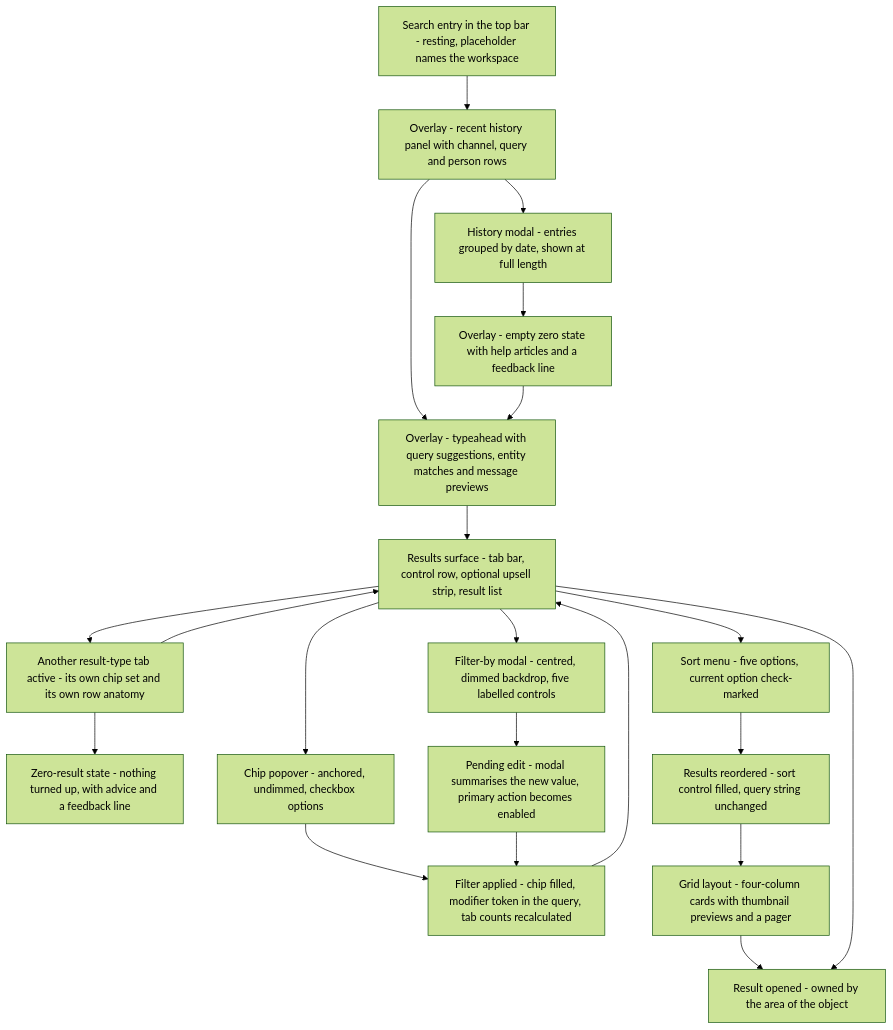
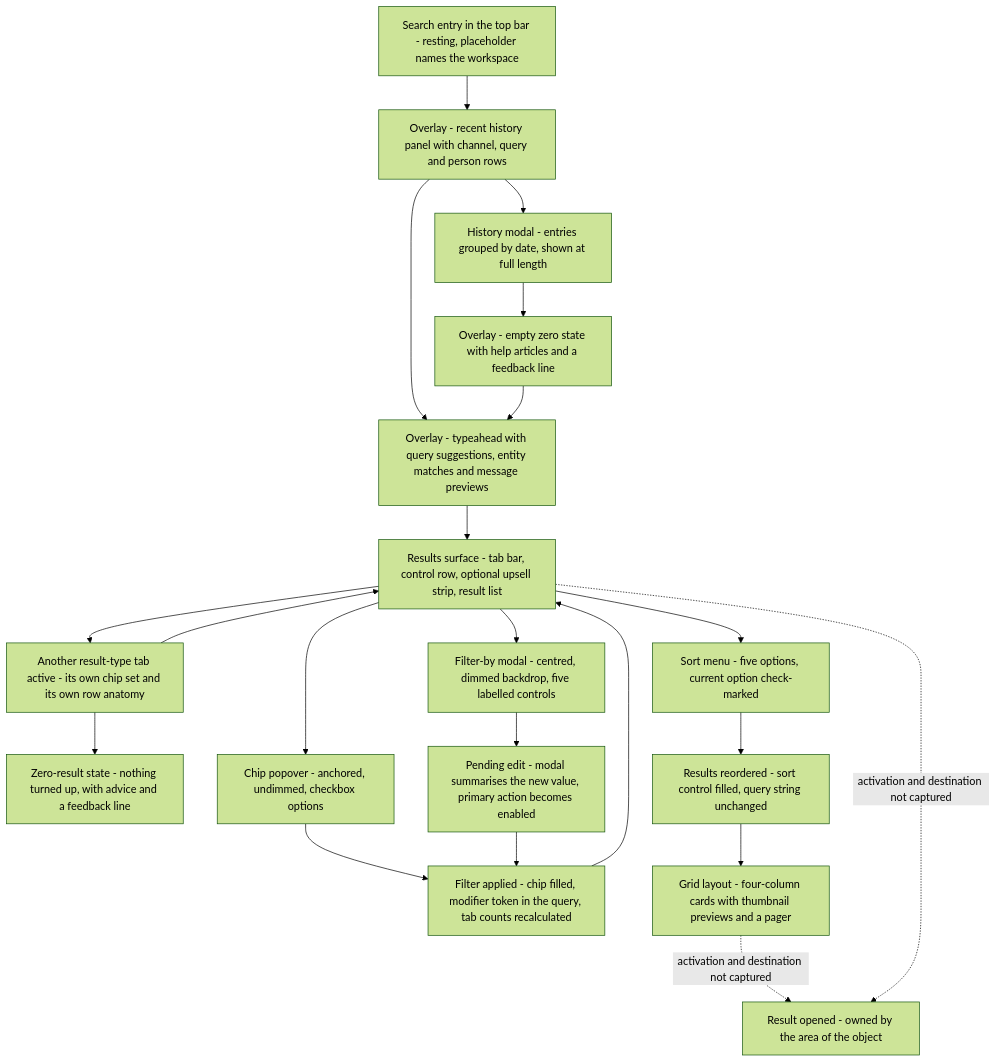
The diagram in docs/workflows/09-search-and-filters.md (blitzy-research/blitzy-slack), drawn with Mermaid (forest theme) before and after one commit. The commit also changed other lines of this file and 17 other files, not shown here.

````diff
--- a/docs/workflows/09-search-and-filters.md
+++ b/docs/workflows/09-search-and-filters.md
@@ -35,40 +35,40 @@
 ```mermaid
 flowchart TD
     ENTRY["Search entry in the top bar - resting, placeholder names the workspace"]
     RECENT["Overlay - recent history panel with channel, query and person rows"]
     HISTORY["History modal - entries grouped by date, shown at full length"]
     EMPTY["Overlay - empty zero state with help articles and a feedback line"]
     TYPEAHEAD["Overlay - typeahead with query suggestions, entity matches and message previews"]
     RESULTS["Results surface - tab bar, control row, optional upsell strip, result list"]
     TABS["Another result-type tab active - its own chip set and its own row anatomy"]
     ZERO["Zero-result state - nothing turned up, with advice and a feedback line"]
     CHIP["Chip popover - anchored, undimmed, checkbox options"]
     APPLIED["Filter applied - chip filled, modifier token in the query, tab counts recalculated"]
     MODAL["Filter-by modal - centred, dimmed backdrop, five labelled controls"]
     PENDING["Pending edit - modal summarises the new value, primary action becomes enabled"]
     SORTMENU["Sort menu - five options, current option check-marked"]
     SORTED["Results reordered - sort control filled, query string unchanged"]
     GRID["Grid layout - four-column cards with thumbnail previews and a pager"]
     OBJECT["Result opened - owned by the area of the object"]
 
     ENTRY --> RECENT
     RECENT --> HISTORY
     HISTORY --> EMPTY
     RECENT --> TYPEAHEAD
     EMPTY --> TYPEAHEAD
     TYPEAHEAD --> RESULTS
     RESULTS --> TABS
     TABS --> RESULTS
     TABS --> ZERO
     RESULTS --> CHIP
     CHIP --> APPLIED
     APPLIED --> RESULTS
     RESULTS --> MODAL
     MODAL --> PENDING
     PENDING --> APPLIED
     RESULTS --> SORTMENU
     SORTMENU --> SORTED
     SORTED --> GRID
-    GRID --> OBJECT
-    RESULTS --> OBJECT
+    GRID -.->|"activation and destination not captured"| OBJECT
+    RESULTS -.->|"activation and destination not captured"| OBJECT
 ```
````
